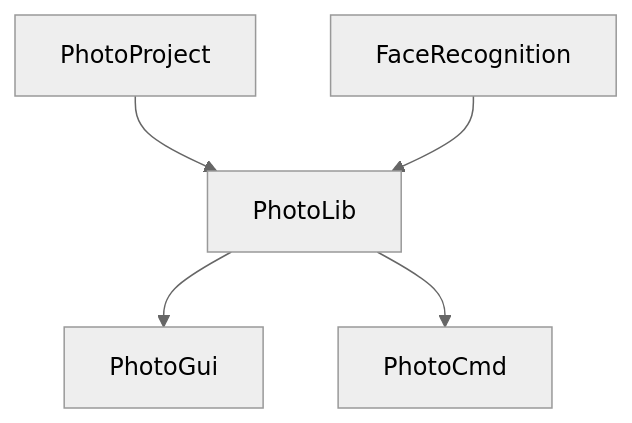
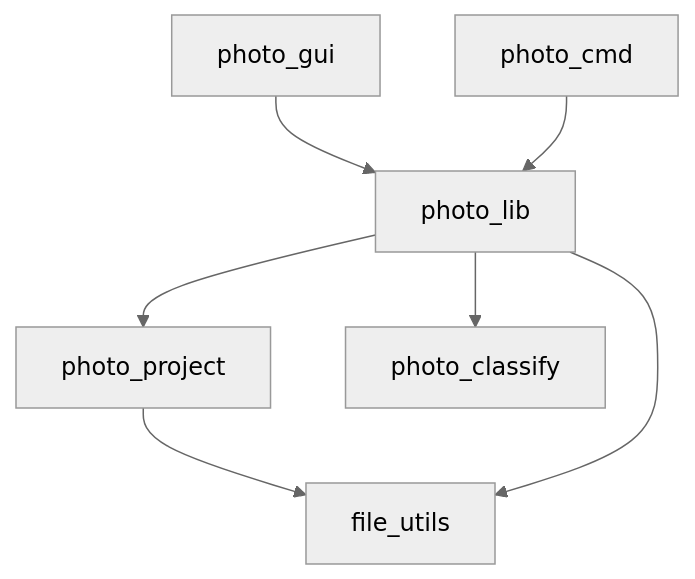
Before and after one commit to fvbakel/fotos: the first of 4 diagrams in Design.md, drawn with Mermaid (neutral theme). The commit also changed other lines of this file and 7 other files, not shown here.

````diff
--- a/Design.md
+++ b/Design.md
@@ -5,8 +5,11 @@
 ```mermaid
   graph TD;
-    PhotoProject --> PhotoLib
-    FaceRecognition --> PhotoLib
-    PhotoLib -->  PhotoGui
-    PhotoLib -->  PhotoCmd
+    photo_project --> file_utils
+    photo_lib --> photo_project  
+    photo_lib --> photo_classify
+    photo_lib --> file_utils
+    
+    photo_gui --> photo_lib
+    photo_cmd --> photo_lib
 
 ```
````
